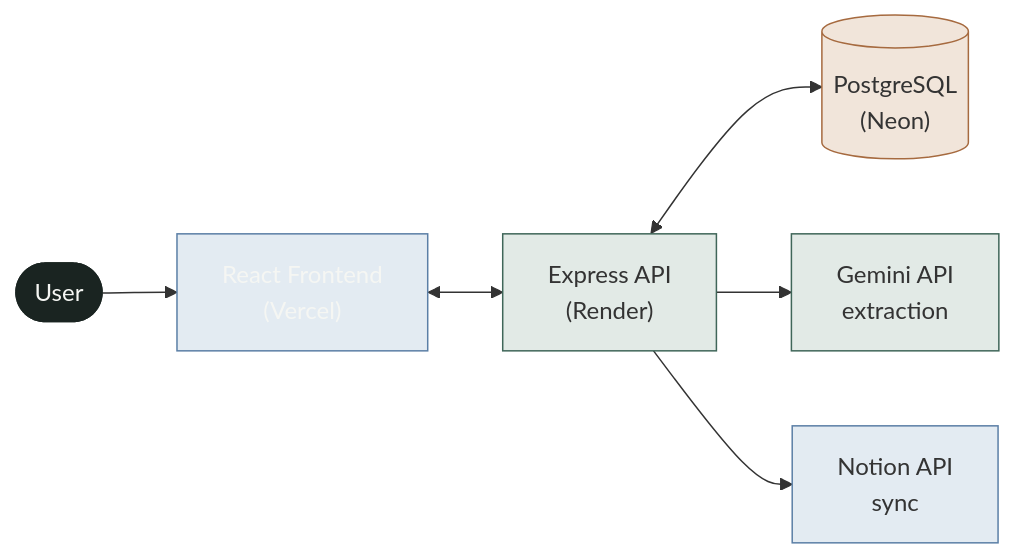
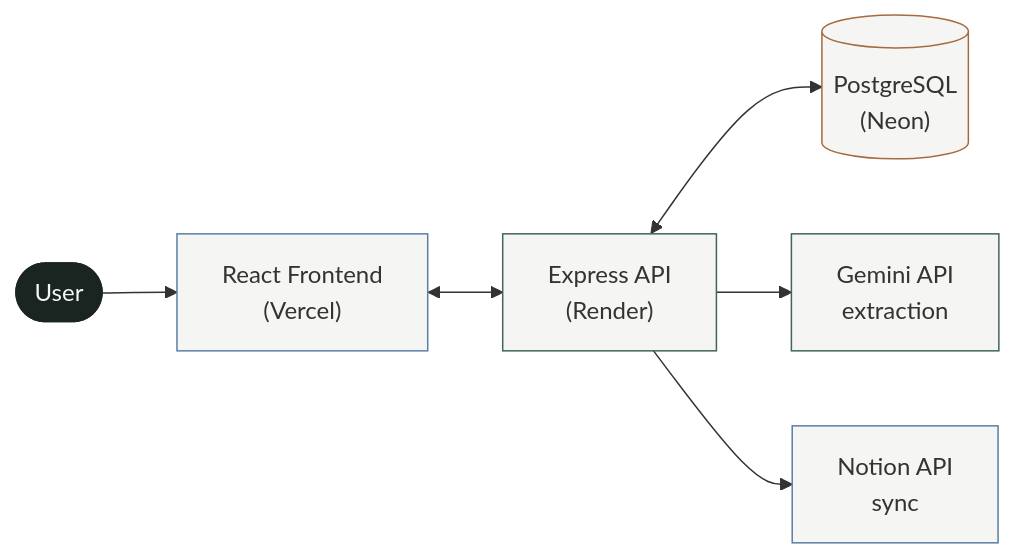
The first of 3 diagrams in README.md (1Manya/meeting-to-action), drawn with Mermaid before and after one commit.

Commit message:
Refactor styles in README.md for consistency
Updated styles for FE, BE, DB, LLM, and NOTION in README.

````diff
--- a/README.md
+++ b/README.md
@@ -14,15 +14,15 @@
 ```mermaid
 flowchart LR
     User(["User"]) --> FE["React Frontend<br/>(Vercel)"]
     FE <--> BE["Express API<br/>(Render)"]
     BE <--> DB[("PostgreSQL<br/>(Neon)")]
     BE --> LLM["Gemini API<br/>extraction"]
     BE --> NOTION["Notion API<br/>sync"]
 
     style User fill:#1a2421,stroke:#1a2421,color:#f5f6f3
-    style FE fill:#e3ebf2,stroke:#5b7fa6,color:#f5f6f3
-    style BE fill:#e2eae6,stroke:#3f6659
-    style DB fill:#f1e5da,stroke:#a66a3f
-    style LLM fill:#e2eae6,stroke:#3f6659
-    style NOTION fill:#e3ebf2,stroke:#5b7fa6
+    style FE fill:#f5f6f3,stroke:#5b7fa6
+    style BE fill:#f5f6f3,stroke:#3f6659
+    style DB fill:#f5f6f3,stroke:#a66a3f
+    style LLM fill:#f5f6f3,stroke:#3f6659
+    style NOTION fill:#f5f6f3,stroke:#5b7fa6
 ```
````
